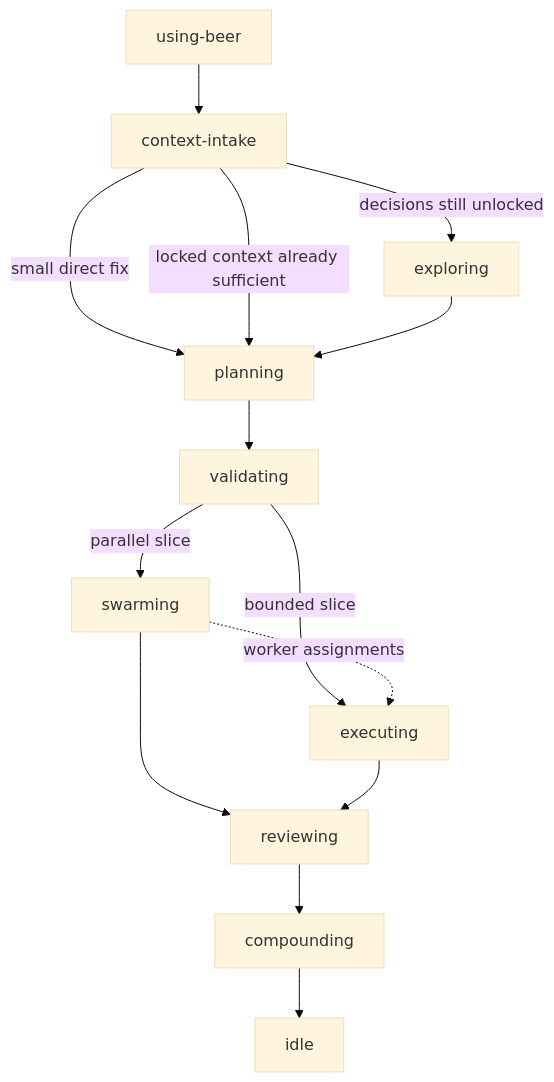
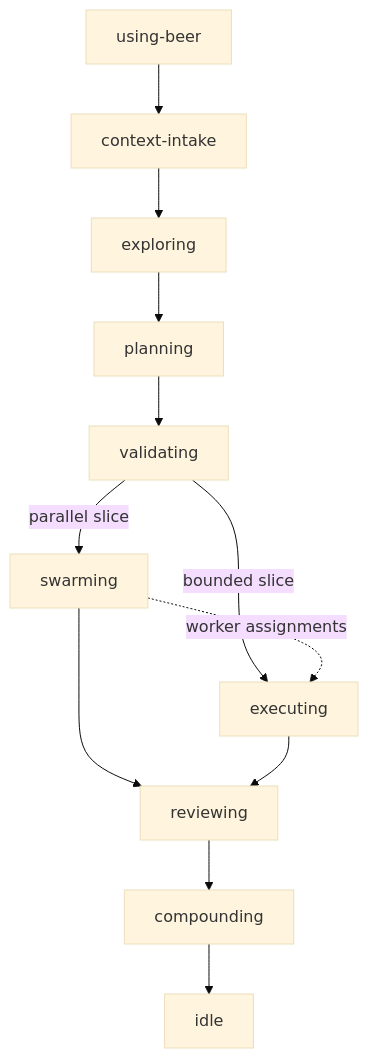
Before and after one commit to Huy-04/beer-skills: the first of 2 diagrams in skills/workflow/README.md, drawn with Mermaid (base theme). The commit also changed 101 other files, not shown here.

````diff
--- a/skills/workflow/README.md
+++ b/skills/workflow/README.md
@@ -13,16 +13,14 @@
 ```mermaid
 flowchart TD
     UB[using-beer] --> CC[context-intake]
-    CC -->|small direct fix| PL[planning]
-    CC -->|locked context already sufficient| PL
-    CC -->|decisions still unlocked| EX[exploring]
+    CC --> EX[exploring]
     EX --> PL[planning]
     PL --> VA[validating]
     VA -->|parallel slice| SW[swarming]
     VA -->|bounded slice| EW[executing]
     SW -. worker assignments .-> EW
     SW --> RV[reviewing]
     EW --> RV[reviewing]
     RV --> CO[compounding]
     CO --> IDLE[idle]
 ```
````
